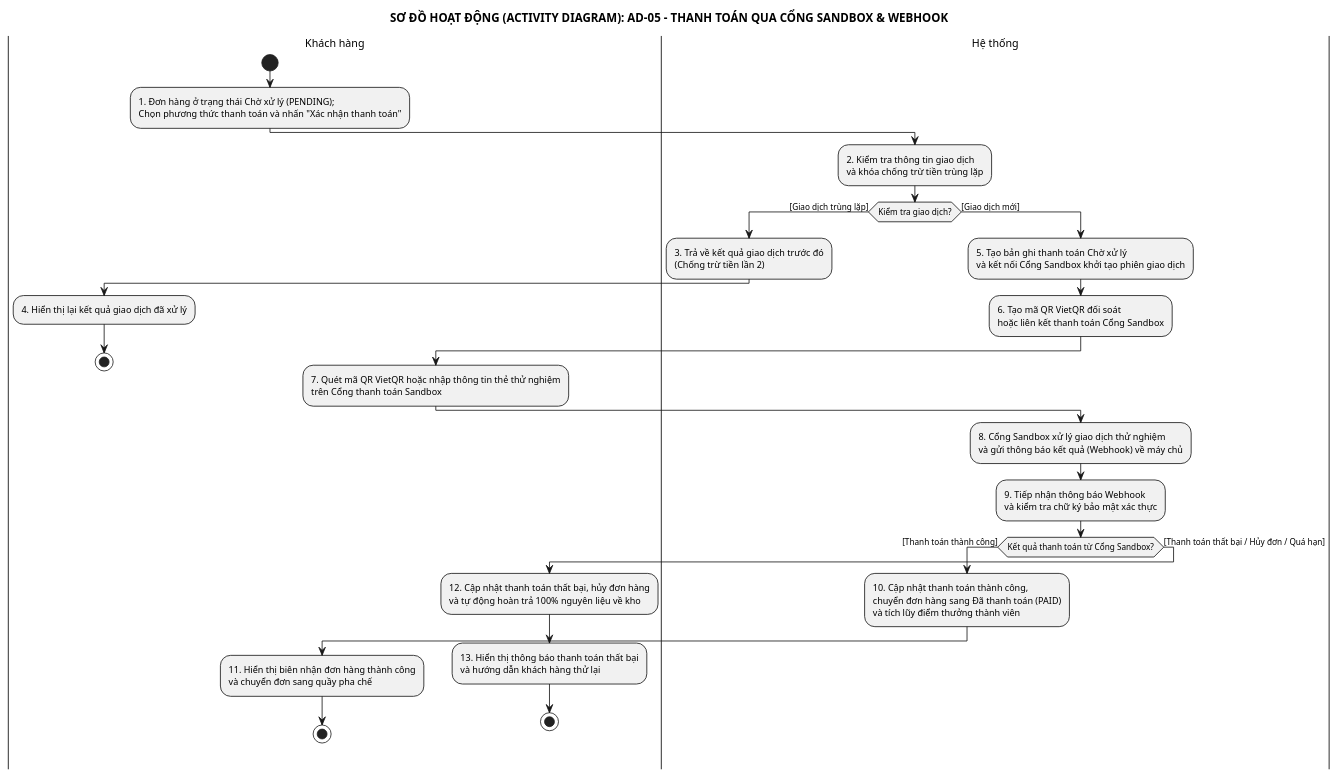
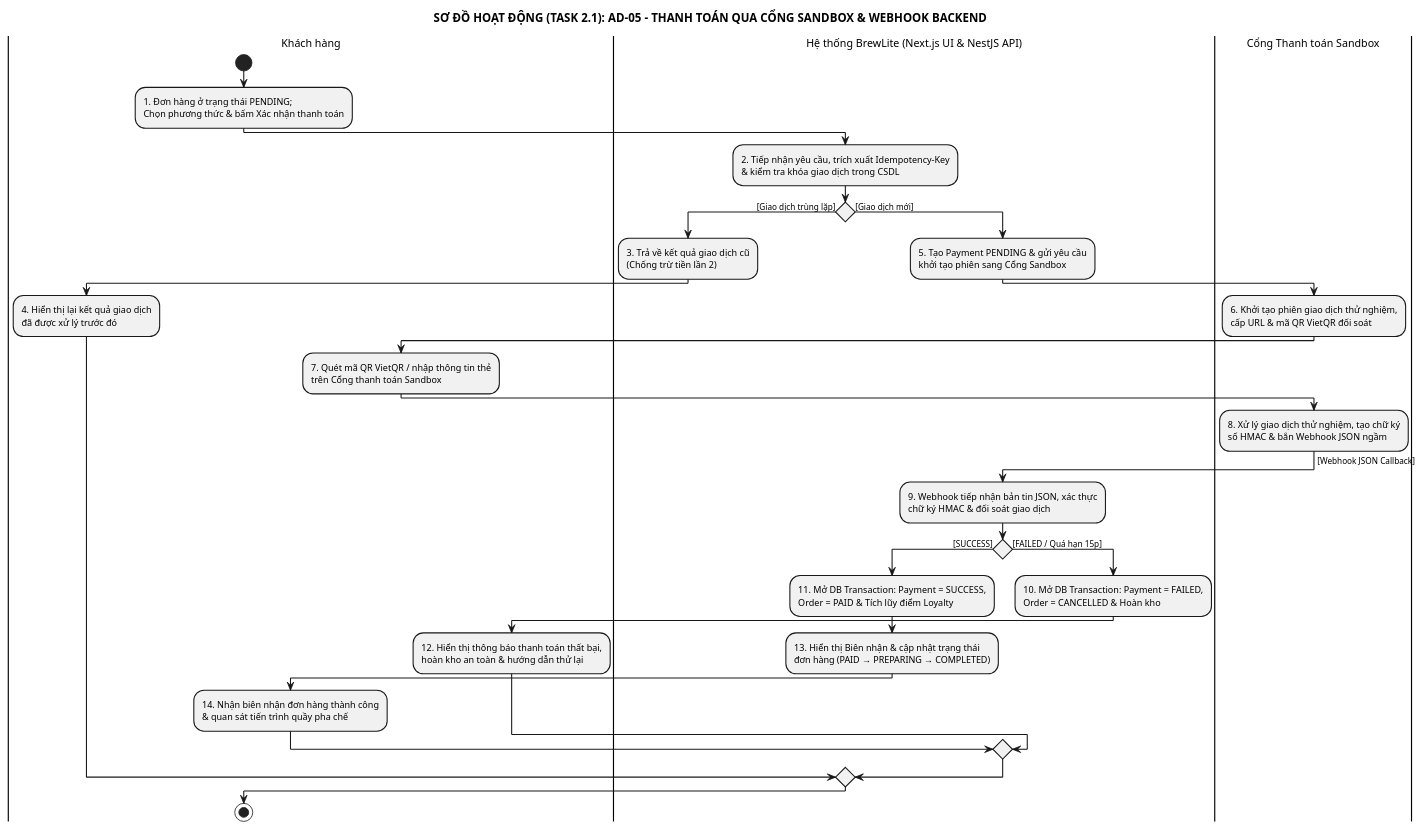
Before and after one commit to SamuiSang/brewlite2: the diagram in docs/diagrams/activity-05-payment.puml, drawn with PlantUML. The commit also changed 1 other file, not shown here.

Commit message:
fix-task2.1: standardize activity-05-payment to 3-swimlane format and UML notations

```diff
--- a/docs/diagrams/activity-05-payment.puml
+++ b/docs/diagrams/activity-05-payment.puml
@@ -1,59 +1,69 @@
-@startuml
+@startuml activity-05-payment
+!pragma useVerticalIf on
 skinparam monochrome true
 skinparam shadowing false
 skinparam backgroundColor white
 skinparam defaultFontName "Segoe UI", "Arial", sans-serif
 
-skinparam ActivityBorderThickness 1
-skinparam ArrowThickness 1
-skinparam ActivityDiamondBorderThickness 1
-skinparam SwimlaneBorderThickness 1
+skinparam ActivityBorderThickness 1.3
+skinparam ArrowThickness 1.3
+skinparam ActivityDiamondBorderThickness 1.3
+skinparam SwimlaneBorderThickness 1.4
 skinparam SwimlaneTitleFontSize 13
 skinparam SwimlaneTitleFontWeight bold
 skinparam ActivityFontSize 11
 skinparam ActivityDiamondFontSize 10
 skinparam ArrowFontSize 10
-skinparam ActivityMaxWidth 200
+skinparam ActivityMaxWidth 250
 
-title SƠ ĐỒ HOẠT ĐỘNG (ACTIVITY DIAGRAM): AD-05 - THANH TOÁN QUA CỔNG SANDBOX & WEBHOOK
+title SƠ ĐỒ HOẠT ĐỘNG (TASK 2.1): AD-05 - THANH TOÁN QUA CỔNG SANDBOX & WEBHOOK BACKEND
 
 |Khách hàng|
-|Hệ thống|
+|Hệ thống BrewLite (Next.js UI & NestJS API)|
+|Cổng Thanh toán Sandbox|
 
 |Khách hàng|
 start
-:1. Đơn hàng ở trạng thái Chờ xử lý (PENDING);\nChọn phương thức thanh toán và nhấn "Xác nhận thanh toán";
+:1. Đơn hàng ở trạng thái PENDING;\nChọn phương thức & bấm Xác nhận thanh toán;
 
-|Hệ thống|
-:2. Kiểm tra thông tin giao dịch\nvà khóa chống trừ tiền trùng lặp;
+|Hệ thống BrewLite (Next.js UI & NestJS API)|
+:2. Tiếp nhận yêu cầu, trích xuất Idempotency-Key\n& kiểm tra khóa giao dịch trong CSDL;
 
-if (Kiểm tra giao dịch?) then ([Giao dịch trùng lặp])
-  :3. Trả về kết quả giao dịch trước đó\n(Chống trừ tiền lần 2);
+if () then ([Giao dịch trùng lặp])
+  :3. Trả về kết quả giao dịch cũ\n(Chống trừ tiền lần 2);
   |Khách hàng|
-  :4. Hiển thị lại kết quả giao dịch đã xử lý;
-  stop
+  :4. Hiển thị lại kết quả giao dịch\nđã được xử lý trước đó;
 else ([Giao dịch mới])
-  |Hệ thống|
-  :5. Tạo bản ghi thanh toán Chờ xử lý\nvà kết nối Cổng Sandbox khởi tạo phiên giao dịch;
-  :6. Tạo mã QR VietQR đối soát\nhoặc liên kết thanh toán Cổng Sandbox;
+  |Hệ thống BrewLite (Next.js UI & NestJS API)|
+  :5. Tạo Payment PENDING & gửi yêu cầu\nkhởi tạo phiên sang Cổng Sandbox;
+  
+  |Cổng Thanh toán Sandbox|
+  :6. Khởi tạo phiên giao dịch thử nghiệm,\ncấp URL & mã QR VietQR đối soát;
   
   |Khách hàng|
-  :7. Quét mã QR VietQR hoặc nhập thông tin thẻ thử nghiệm\ntrên Cổng thanh toán Sandbox;
+  :7. Quét mã QR VietQR / nhập thông tin thẻ\ntrên Cổng thanh toán Sandbox;
   
-  |Hệ thống|
-  :8. Cổng Sandbox xử lý giao dịch thử nghiệm\nvà gửi thông báo kết quả (Webhook) về máy chủ;
-  :9. Tiếp nhận thông báo Webhook\nvà kiểm tra chữ ký bảo mật xác thực;
+  |Cổng Thanh toán Sandbox|
+  :8. Xử lý giao dịch thử nghiệm, tạo chữ ký\nsố HMAC & bắn Webhook JSON ngầm;
   
-  if (Kết quả thanh toán từ Cổng Sandbox?) then ([Thanh toán thành công])
-    :10. Cập nhật thanh toán thành công,\nchuyển đơn hàng sang Đã thanh toán (PAID)\nvà tích lũy điểm thưởng thành viên;
+  |Hệ thống BrewLite (Next.js UI & NestJS API)|
+  -> [Webhook JSON Callback];
+  :9. Webhook tiếp nhận bản tin JSON, xác thực\nchữ ký HMAC & đối soát giao dịch;
+  
+  if () then ([SUCCESS])
+    :11. Mở DB Transaction: Payment = SUCCESS,\nOrder = PAID & Tích lũy điểm Loyalty;
+    :13. Hiển thị Biên nhận & cập nhật trạng thái\nđơn hàng (PAID → PREPARING → COMPLETED);
     |Khách hàng|
-    :11. Hiển thị biên nhận đơn hàng thành công\nvà chuyển đơn sang quầy pha chế;
-    stop
-  else ([Thanh toán thất bại / Hủy đơn / Quá hạn])
-    :12. Cập nhật thanh toán thất bại, hủy đơn hàng\nvà tự động hoàn trả 100% nguyên liệu về kho;
+    :14. Nhận biên nhận đơn hàng thành công\n& quan sát tiến trình quầy pha chế;
+  else ([FAILED / Quá hạn 15p])
+    |Hệ thống BrewLite (Next.js UI & NestJS API)|
+    :10. Mở DB Transaction: Payment = FAILED,\nOrder = CANCELLED & Hoàn kho;
     |Khách hàng|
-    :13. Hiển thị thông báo thanh toán thất bại\nvà hướng dẫn khách hàng thử lại;
-    stop
+    :12. Hiển thị thông báo thanh toán thất bại,\nhoàn kho an toàn & hướng dẫn thử lại;
   endif
 endif
+
+|Khách hàng|
+stop
+
 @enduml
```
